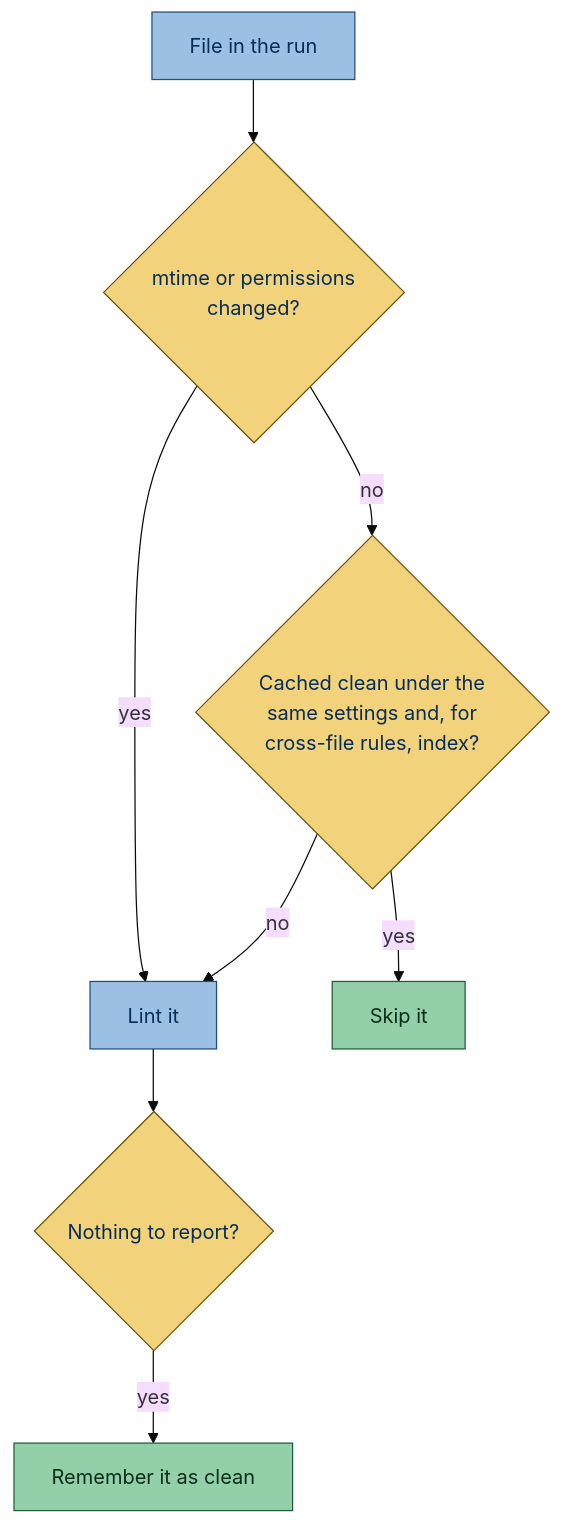
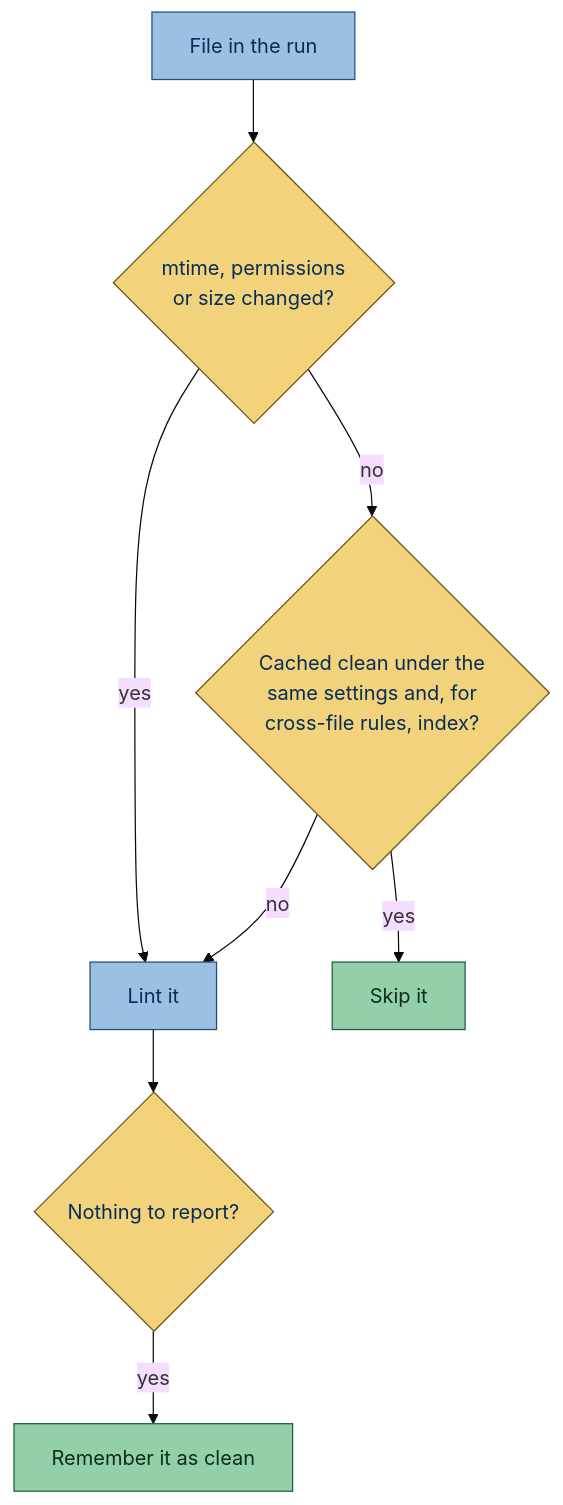
Before and after one commit to gaborbernat/simplint: the diagram in docs/configuration/running.rst, drawn with Mermaid (base theme). The commit also changed other lines of this file and 17 other files, not shown here.

```diff
--- a/docs/configuration/running.rst
+++ b/docs/configuration/running.rst
@@ -29,16 +29,16 @@
 .. mermaid::
 
     flowchart TD
-        file["File in the run"] --> same{"mtime or permissions<br/>changed?"}
+        file["File in the run"] --> same{"mtime, permissions<br/>or size changed?"}
         same -->|yes| lint["Lint it"]
         same -->|no| clean{"Cached clean under the<br/>same settings and, for<br/>cross-file rules, index?"}
         clean -->|yes| skip["Skip it"]
         clean -->|no| lint
         lint --> result{"Nothing to report?"}
         result -->|yes| remember["Remember it as clean"]
         classDef blue fill:#9cc0e3,stroke:#1f4f7d,color:#062d59
         classDef yellow fill:#f2d27a,stroke:#6b5410,color:#062d59
         classDef green fill:#93cfa9,stroke:#1d5e3a,color:#0b2e1a
         class file,lint blue
         class same,clean,result yellow
         class skip,remember green
```
